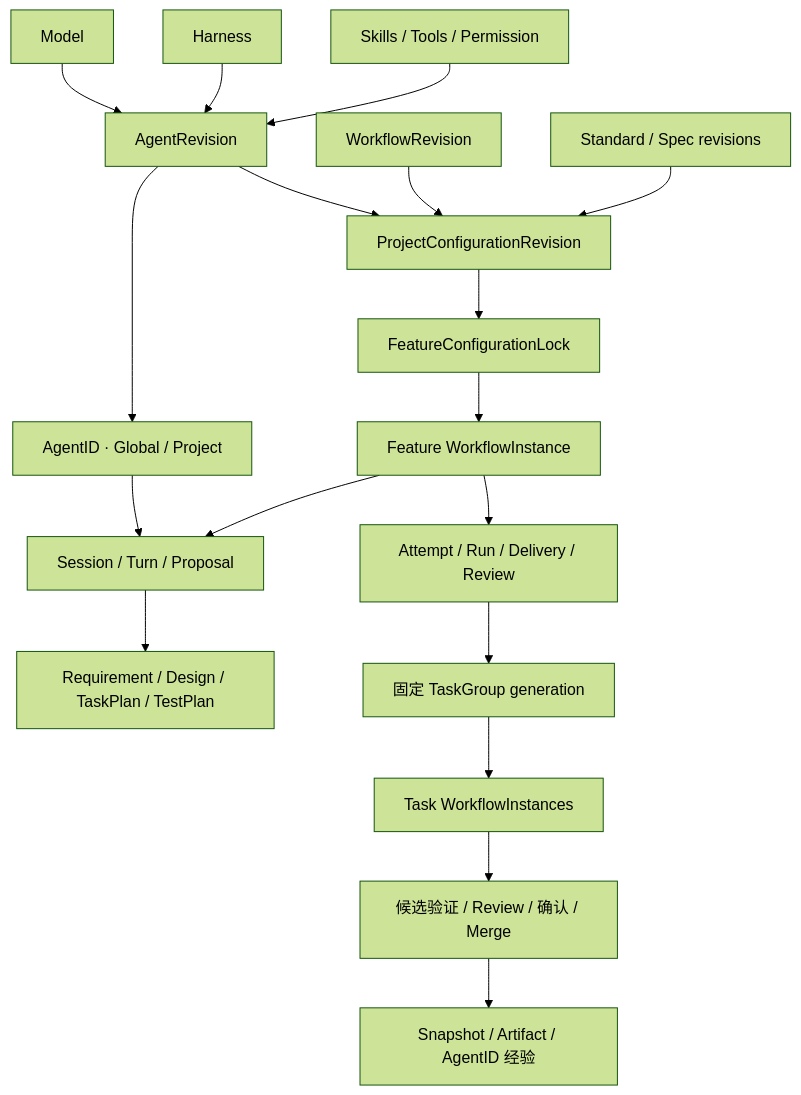
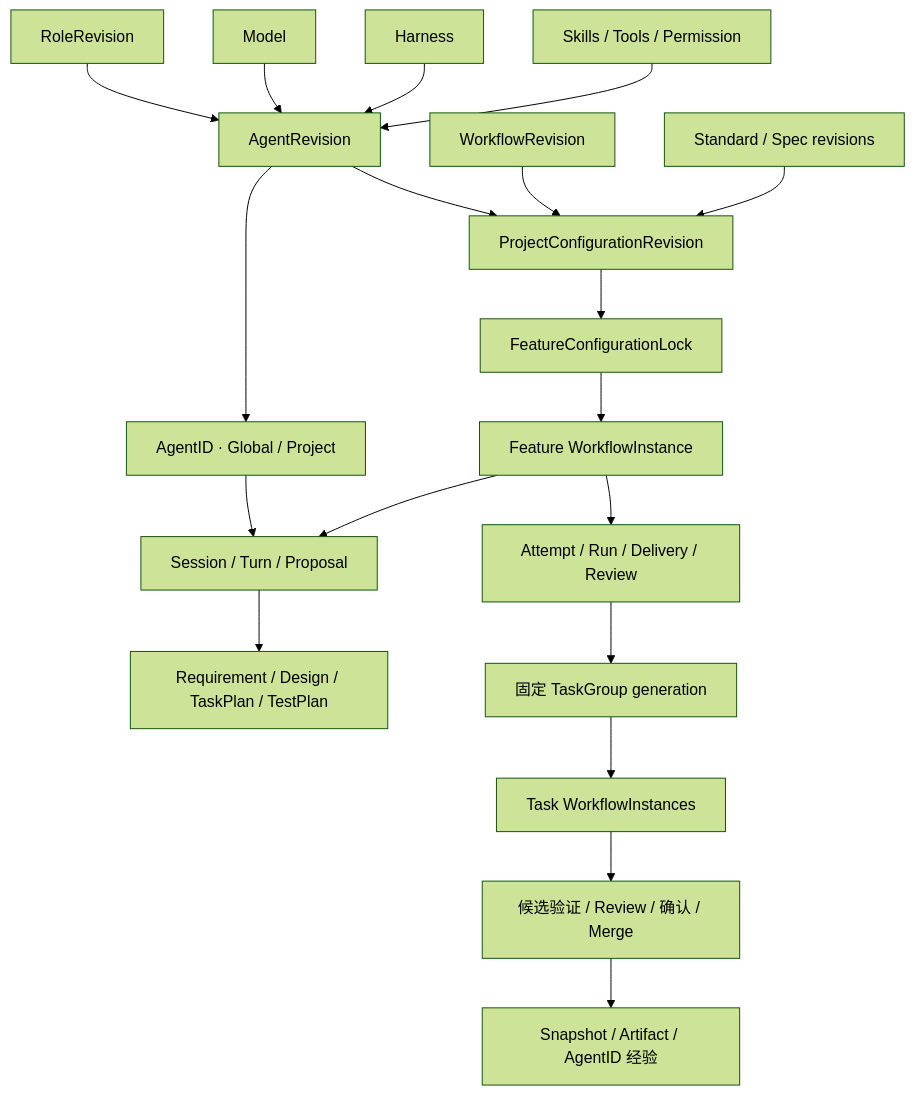
Before and after one commit to xfork24/devdesk: the diagram in docs/plans/devdesk-v0.3/PLAN.md, drawn with Mermaid (forest theme). The commit also changed other lines of this file and 34 other files, not shown here.

````diff
--- a/docs/plans/devdesk-v0.3/PLAN.md
+++ b/docs/plans/devdesk-v0.3/PLAN.md
@@ -61,20 +63,21 @@
 ```mermaid
 flowchart TD
-  Model --> Agent[AgentRevision]
+  Role[RoleRevision] --> Agent[AgentRevision]
+  Model --> Agent
   Harness --> Agent
   Skills[Skills / Tools / Permission] --> Agent
   Agent --> ID[AgentID · Global / Project]
   WF[WorkflowRevision] --> PC[ProjectConfigurationRevision]
   STD[Standard / Spec revisions] --> PC
   Agent --> PC
   PC --> Lock[FeatureConfigurationLock]
   Lock --> WI[Feature WorkflowInstance]
   WI --> Chat[Session / Turn / Proposal]
   ID --> Chat
   Chat --> Docs[Requirement / Design / TaskPlan / TestPlan]
   WI --> Execute[Attempt / Run / Delivery / Review]
   Execute --> Group[固定 TaskGroup generation]
   Group --> Tasks[Task WorkflowInstances]
   Tasks --> Merge[候选验证 / Review / 确认 / Merge]
   Merge --> History[Snapshot / Artifact / AgentID 经验]
 ```
````
